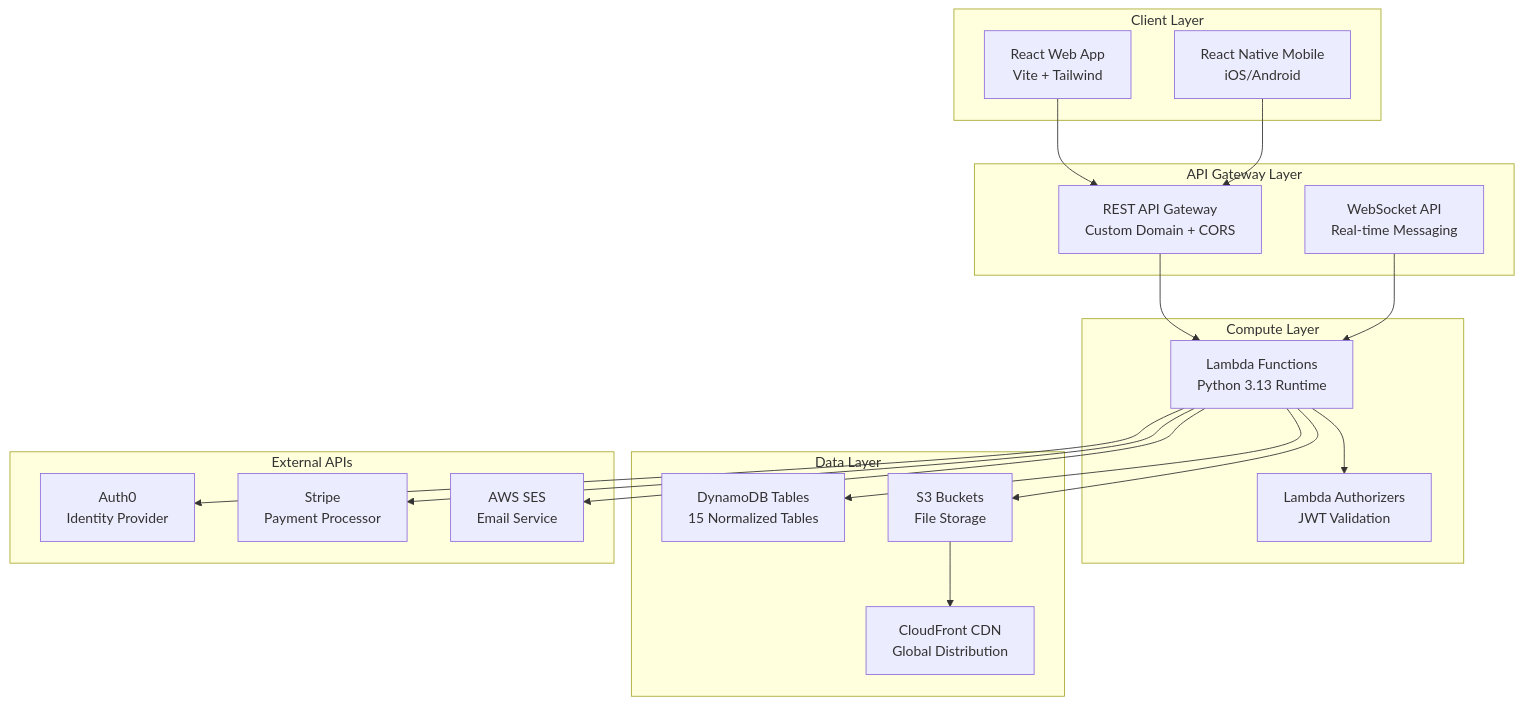
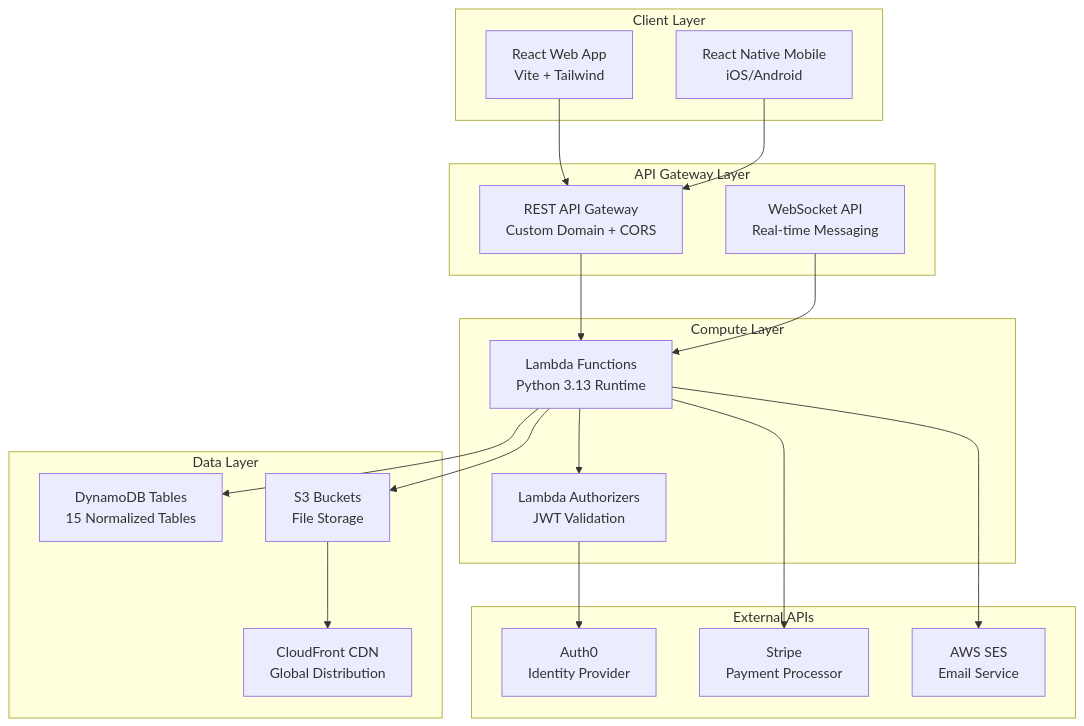
Before and after one commit to Auto-Lab-Solutions/.github: the diagram in profile/README.md, drawn with Mermaid.

Commit message:
Fix diagram connection in README to accurately represent architecture flow

````diff
--- a/profile/README.md
+++ b/profile/README.md
@@ -42,41 +42,41 @@
 ```mermaid
 graph TB
     subgraph "Client Layer"
         A[React Web App<br/>Vite + Tailwind]
         B[React Native Mobile<br/>iOS/Android]
     end
     
     subgraph "API Gateway Layer"
         C[REST API Gateway<br/>Custom Domain + CORS]
         D[WebSocket API<br/>Real-time Messaging]
     end
     
     subgraph "Compute Layer"
         E[Lambda Functions<br/>Python 3.13 Runtime]
         F[Lambda Authorizers<br/>JWT Validation]
     end
     
     subgraph "Data Layer"
         G[DynamoDB Tables<br/>15 Normalized Tables]
         H[S3 Buckets<br/>File Storage]
         I[CloudFront CDN<br/>Global Distribution]
     end
     
     subgraph "External APIs"
         J[Auth0<br/>Identity Provider]
         K[Stripe<br/>Payment Processor]
         L[AWS SES<br/>Email Service]
     end
     
     A --> C
     B --> C
     C --> E
     D --> E
     E --> F
     E --> G
     E --> H
     H --> I
-    E --> J
+    F --> J
     E --> K
     E --> L
 ```
````
